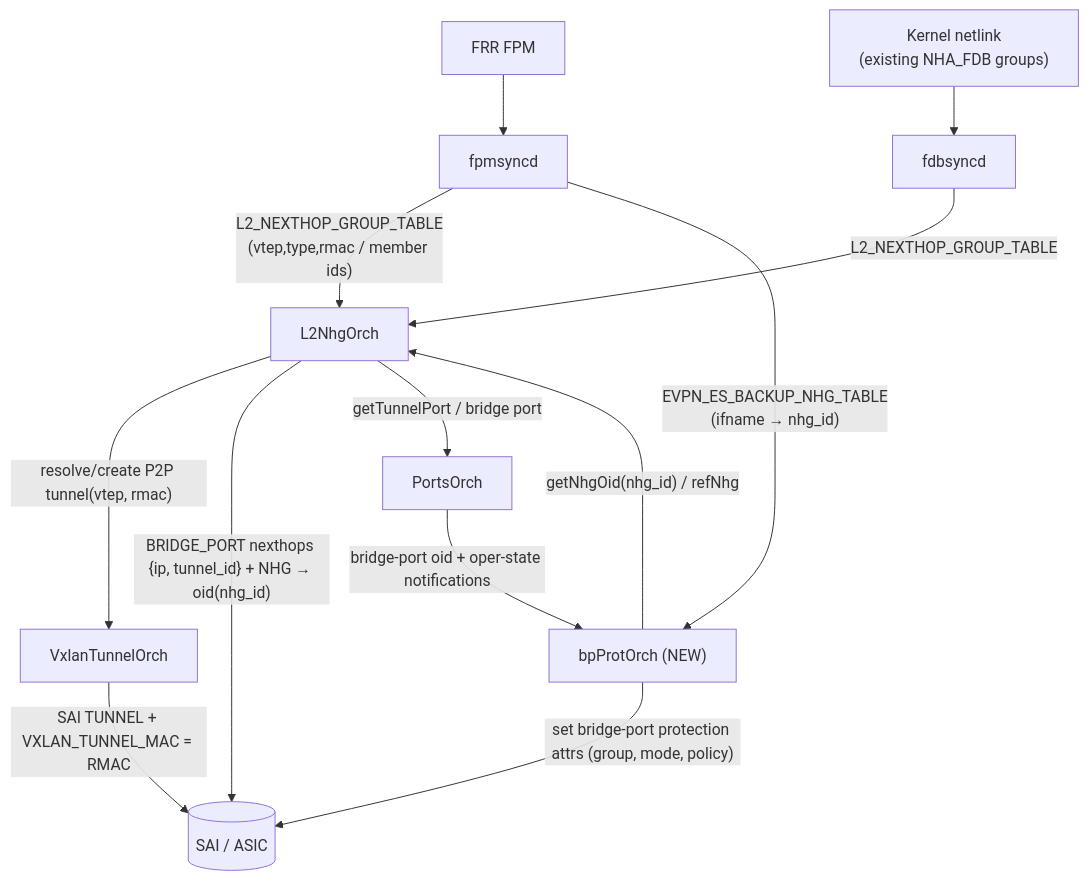
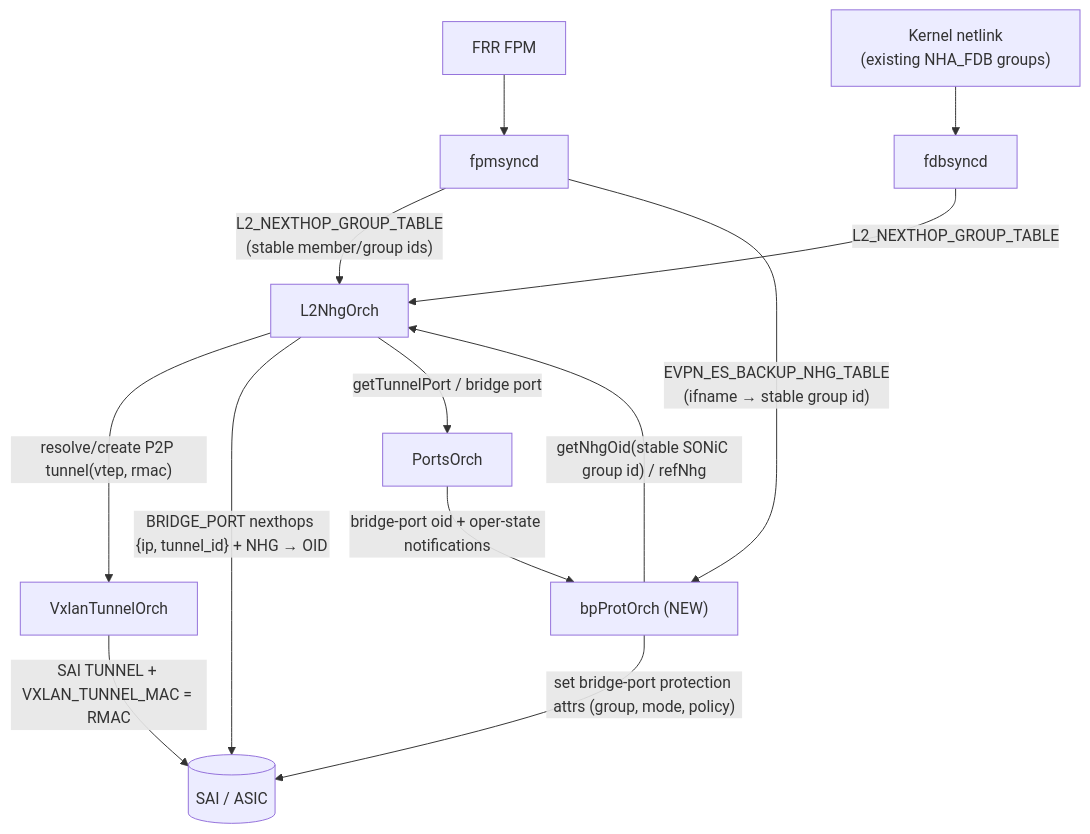
One commit to sonic-net/SONiC changed the fourth of 8 diagrams in doc/vxlan/EVPN/BridgePort_Protection_HLD.md. Above: the diagram before and after it, drawn with Mermaid. The commit also changed other lines of this file, not shown here.

First line of the commit message:
[doc] Reconcile bridge-port protection replay

````diff
--- a/doc/vxlan/EVPN/BridgePort_Protection_HLD.md
+++ b/doc/vxlan/EVPN/BridgePort_Protection_HLD.md
@@ -383,18 +385,18 @@
 ```mermaid
 flowchart TB
     FPM["FRR FPM"] --> FPMSY["fpmsyncd"]
-    FPMSY -->|"L2_NEXTHOP_GROUP_TABLE<br/>(vtep,type,rmac / member ids)"| L2[L2NhgOrch]
-    FPMSY -->|"EVPN_ES_BACKUP_NHG_TABLE<br/>(ifname → nhg_id)"| BP["bpProtOrch (NEW)"]
+    FPMSY -->|"L2_NEXTHOP_GROUP_TABLE<br/>(stable member/group ids)"| L2[L2NhgOrch]
+    FPMSY -->|"EVPN_ES_BACKUP_NHG_TABLE<br/>(ifname → stable group id)"| BP["bpProtOrch (NEW)"]
 
     KERN["Kernel netlink<br/>(existing NHA_FDB groups)"] --> FDBSY["fdbsyncd"]
     FDBSY -->|"L2_NEXTHOP_GROUP_TABLE"| L2
 
     L2 -->|"resolve/create P2P tunnel(vtep, rmac)"| VX[VxlanTunnelOrch]
     VX -->|"SAI TUNNEL + VXLAN_TUNNEL_MAC = RMAC"| SAI[(SAI / ASIC)]
-    L2 -->|"BRIDGE_PORT nexthops {ip, tunnel_id} + NHG → oid(nhg_id)"| SAI
+    L2 -->|"BRIDGE_PORT nexthops {ip, tunnel_id} + NHG → OID"| SAI
 
-    BP -->|"getNhgOid(nhg_id) / refNhg"| L2
+    BP -->|"getNhgOid(stable SONiC group id) / refNhg"| L2
     BP -->|"set bridge-port protection attrs (group, mode, policy)"| SAI
     PO[PortsOrch] -->|"bridge-port oid + oper-state notifications"| BP
     L2 -->|"getTunnelPort / bridge port"| PO
 ```
````
